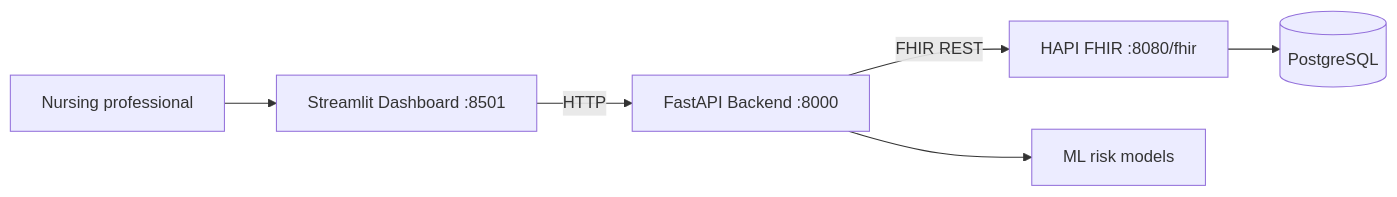
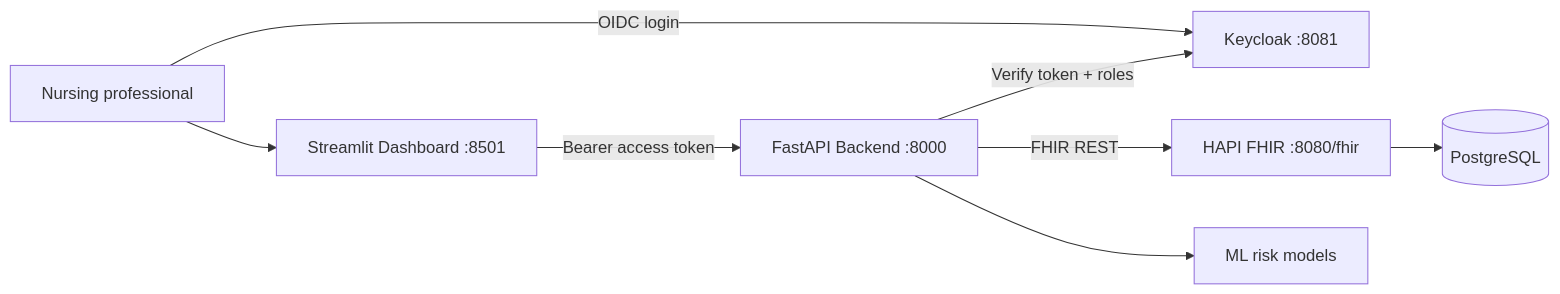
Before and after one commit to DeveloperRucel07/nurse_monitoring_fhir: the second of 2 diagrams in README.md, drawn with Mermaid. The commit also changed other lines of this file and 28 other files, not shown here.

````diff
--- a/README.md
+++ b/README.md
@@ -213,8 +229,10 @@
 ```mermaid
 flowchart LR
-		U[Nursing professional] --> FE[Streamlit Dashboard :8501]
-		FE -->|HTTP| BE[FastAPI Backend :8000]
+		U[Nursing professional] -->|OIDC login| KC[Keycloak :8081]
+		U --> FE[Streamlit Dashboard :8501]
+		FE -->|Bearer access token| BE[FastAPI Backend :8000]
+		BE -->|Verify token + roles| KC
 		BE -->|FHIR REST| FHIR[HAPI FHIR :8080/fhir]
 		BE --> ML[ML risk models]
 		FHIR --> DB[(PostgreSQL)]
 ```
````
